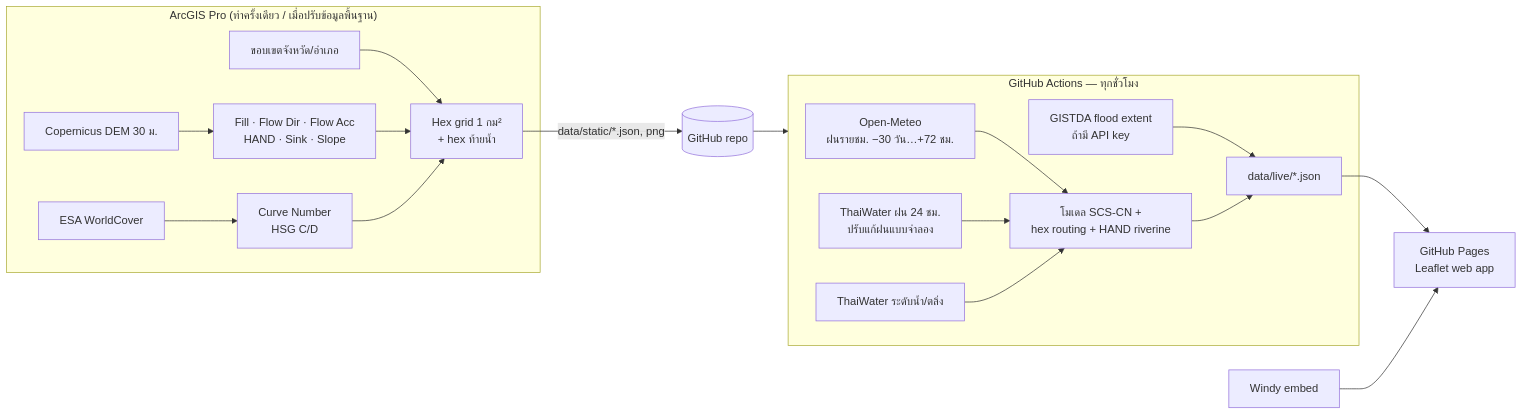
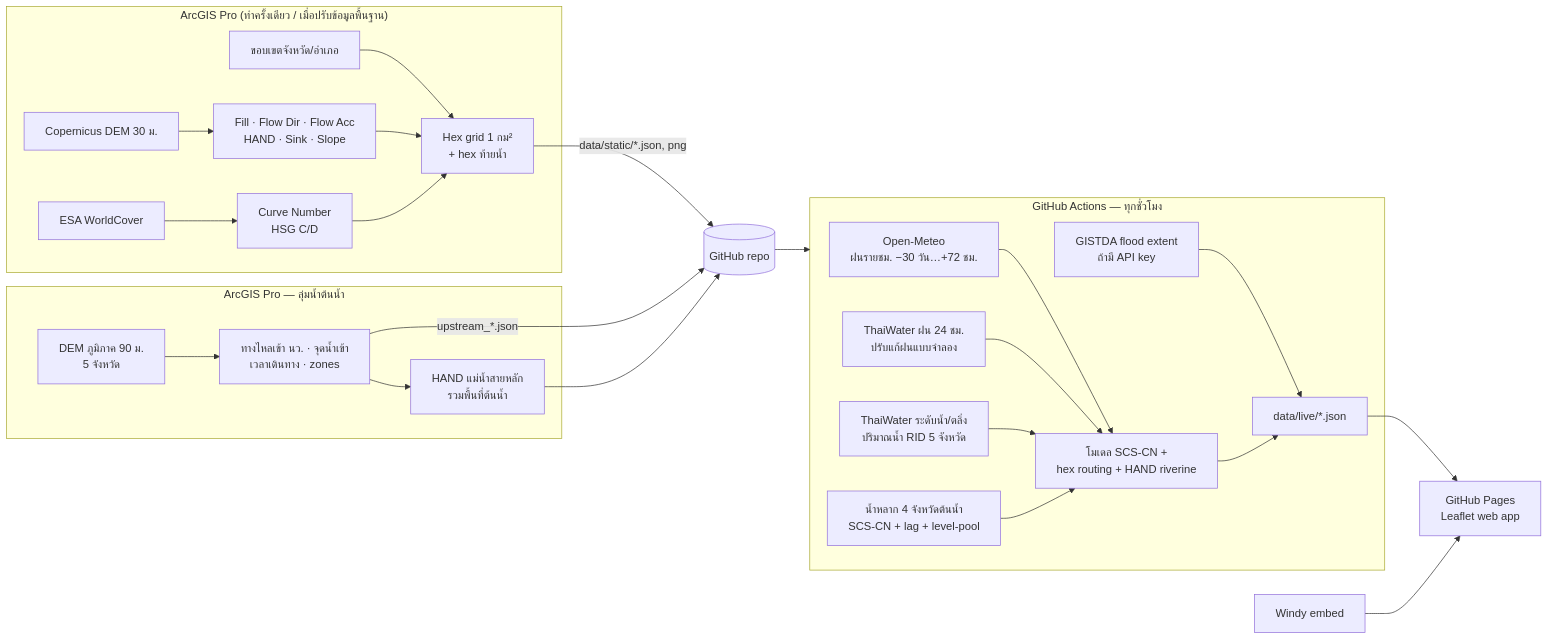
The diagram in README.md (att-geo/nakhonsawan-flood), drawn with Mermaid before and after one commit. The commit also changed other lines of this file and 28 other files, not shown here.

````diff
--- a/README.md
+++ b/README.md
@@ -9,21 +9,28 @@
 ```mermaid
 flowchart LR
   subgraph PRO["ArcGIS Pro (ทำครั้งเดียว / เมื่อปรับข้อมูลพื้นฐาน)"]
     DEM[Copernicus DEM 30 ม.] --> HYD[Fill · Flow Dir · Flow Acc<br/>HAND · Sink · Slope]
     WC[ESA WorldCover] --> CN[Curve Number<br/>HSG C/D]
     ADM[ขอบเขตจังหวัด/อำเภอ] --> HEX[Hex grid 1 กม²<br/>+ hex ท้ายน้ำ]
     HYD --> HEX
     CN --> HEX
   end
   HEX -->|data/static/*.json, png| REPO[(GitHub repo)]
+  subgraph PRO2["ArcGIS Pro — ลุ่มน้ำต้นน้ำ"]
+    DEM2[DEM ภูมิภาค 90 ม.<br/>5 จังหวัด] --> UP[ทางไหลเข้า นว. · จุดน้ำเข้า<br/>เวลาเดินทาง · zones]
+    UP --> HM[HAND แม่น้ำสายหลัก<br/>รวมพื้นที่ต้นน้ำ]
+  end
+  UP -->|upstream_*.json| REPO
+  HM --> REPO
   subgraph GHA["GitHub Actions — ทุกชั่วโมง"]
     OM[Open-Meteo<br/>ฝนรายชม. −30 วัน…+72 ชม.] --> MOD
     TWR[ThaiWater ฝน 24 ชม.<br/>ปรับแก้ฝนแบบจำลอง] --> MOD
-    TWL[ThaiWater ระดับน้ำ/ตลิ่ง] --> MOD
+    TWL[ThaiWater ระดับน้ำ/ตลิ่ง<br/>ปริมาณน้ำ RID 5 จังหวัด] --> MOD
+    MOD2[น้ำหลาก 4 จังหวัดต้นน้ำ<br/>SCS-CN + lag + level-pool] --> MOD
     GIS[GISTDA flood extent<br/>ถ้ามี API key] --> OUT
     MOD[โมเดล SCS-CN +<br/>hex routing + HAND riverine] --> OUT[data/live/*.json]
   end
   REPO --> GHA
   OUT --> PAGES[GitHub Pages<br/>Leaflet web app]
   WINDY[Windy embed] --> PAGES
 ```
````
